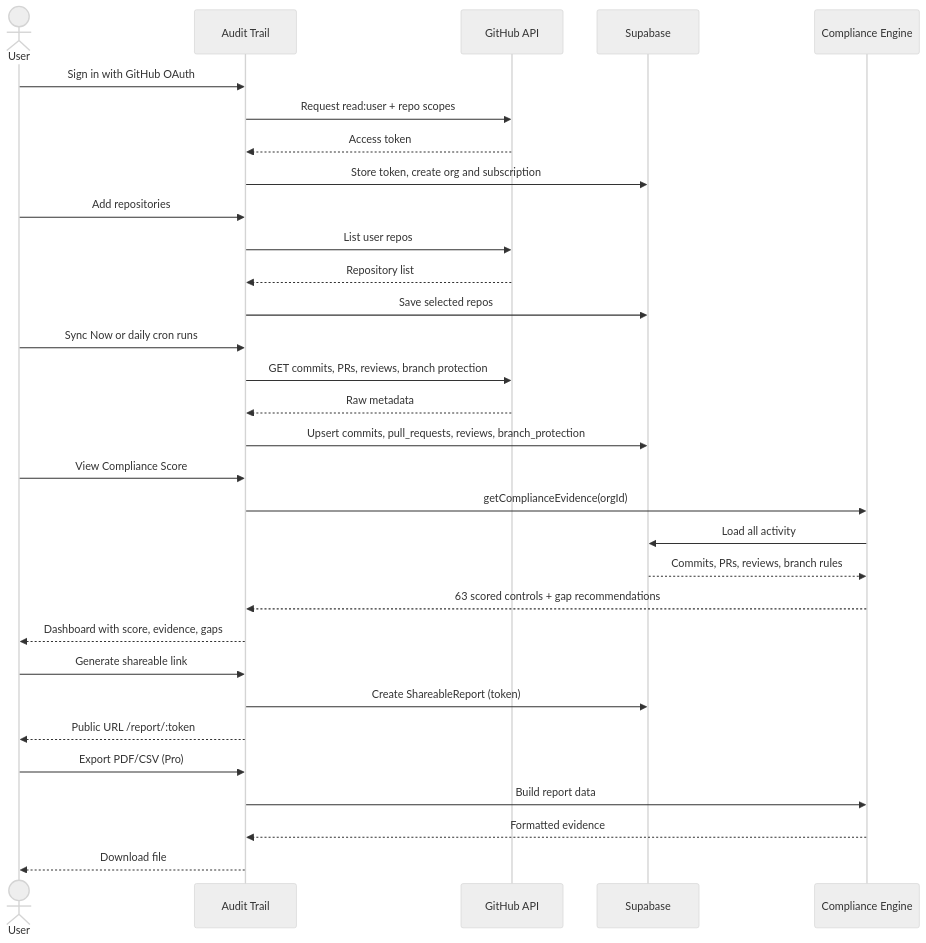
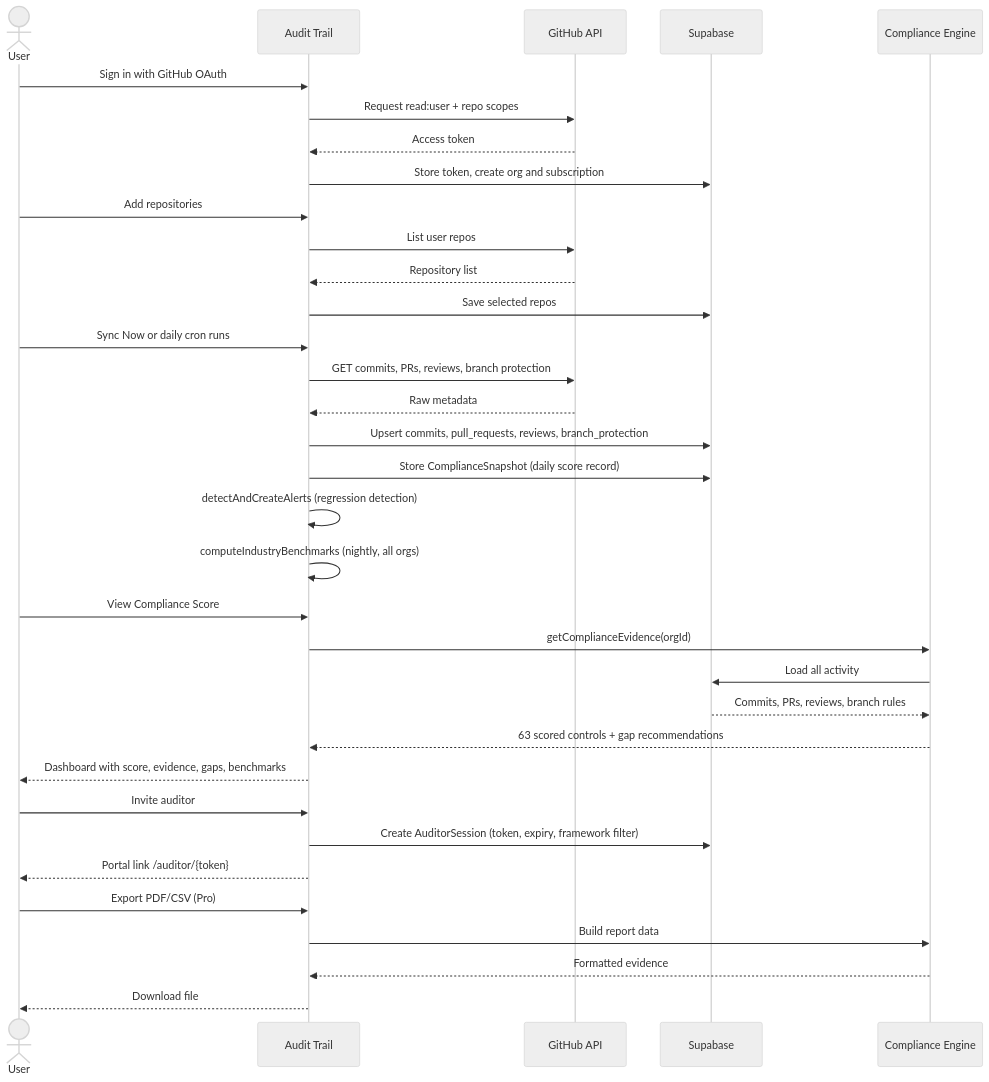
The sixth of 16 diagrams in README.md (JohnJohnW/audittrail-dev), drawn with Mermaid (neutral theme) before and after one commit. The commit also changed other lines of this file, not shown here.

````diff
--- a/README.md
+++ b/README.md
@@ -195,39 +291,42 @@
 ```mermaid
 sequenceDiagram
     actor User
     participant App as Audit Trail
     participant GH as GitHub API
     participant DB as Supabase
     participant Engine as Compliance Engine
 
     User->>App: Sign in with GitHub OAuth
     App->>GH: Request read:user + repo scopes
     GH-->>App: Access token
     App->>DB: Store token, create org and subscription
 
     User->>App: Add repositories
     App->>GH: List user repos
     GH-->>App: Repository list
     App->>DB: Save selected repos
 
     User->>App: Sync Now or daily cron runs
     App->>GH: GET commits, PRs, reviews, branch protection
     GH-->>App: Raw metadata
     App->>DB: Upsert commits, pull_requests, reviews, branch_protection
+    App->>DB: Store ComplianceSnapshot (daily score record)
+    App->>App: detectAndCreateAlerts (regression detection)
+    App->>App: computeIndustryBenchmarks (nightly, all orgs)
 
     User->>App: View Compliance Score
     App->>Engine: getComplianceEvidence(orgId)
     Engine->>DB: Load all activity
     DB-->>Engine: Commits, PRs, reviews, branch rules
     Engine-->>App: 63 scored controls + gap recommendations
-    App-->>User: Dashboard with score, evidence, gaps
+    App-->>User: Dashboard with score, evidence, gaps, benchmarks
 
-    User->>App: Generate shareable link
-    App->>DB: Create ShareableReport (token)
-    App-->>User: Public URL /report/:token
+    User->>App: Invite auditor
+    App->>DB: Create AuditorSession (token, expiry, framework filter)
+    App-->>User: Portal link /auditor/{token}
 
     User->>App: Export PDF/CSV (Pro)
     App->>Engine: Build report data
     Engine-->>App: Formatted evidence
     App-->>User: Download file
 ```
````
